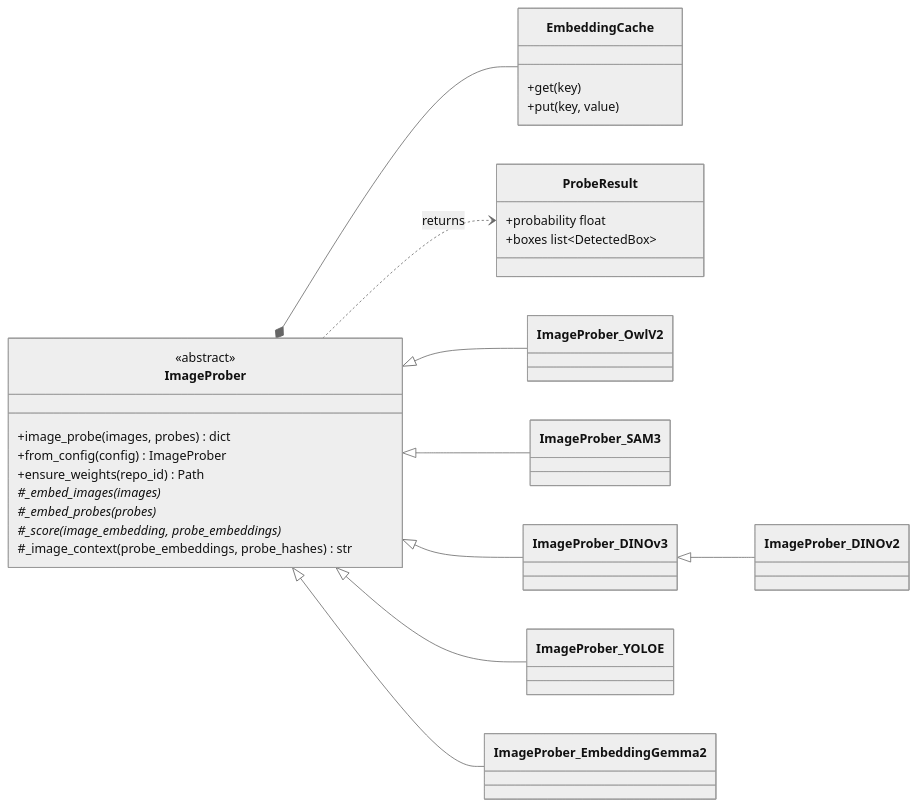
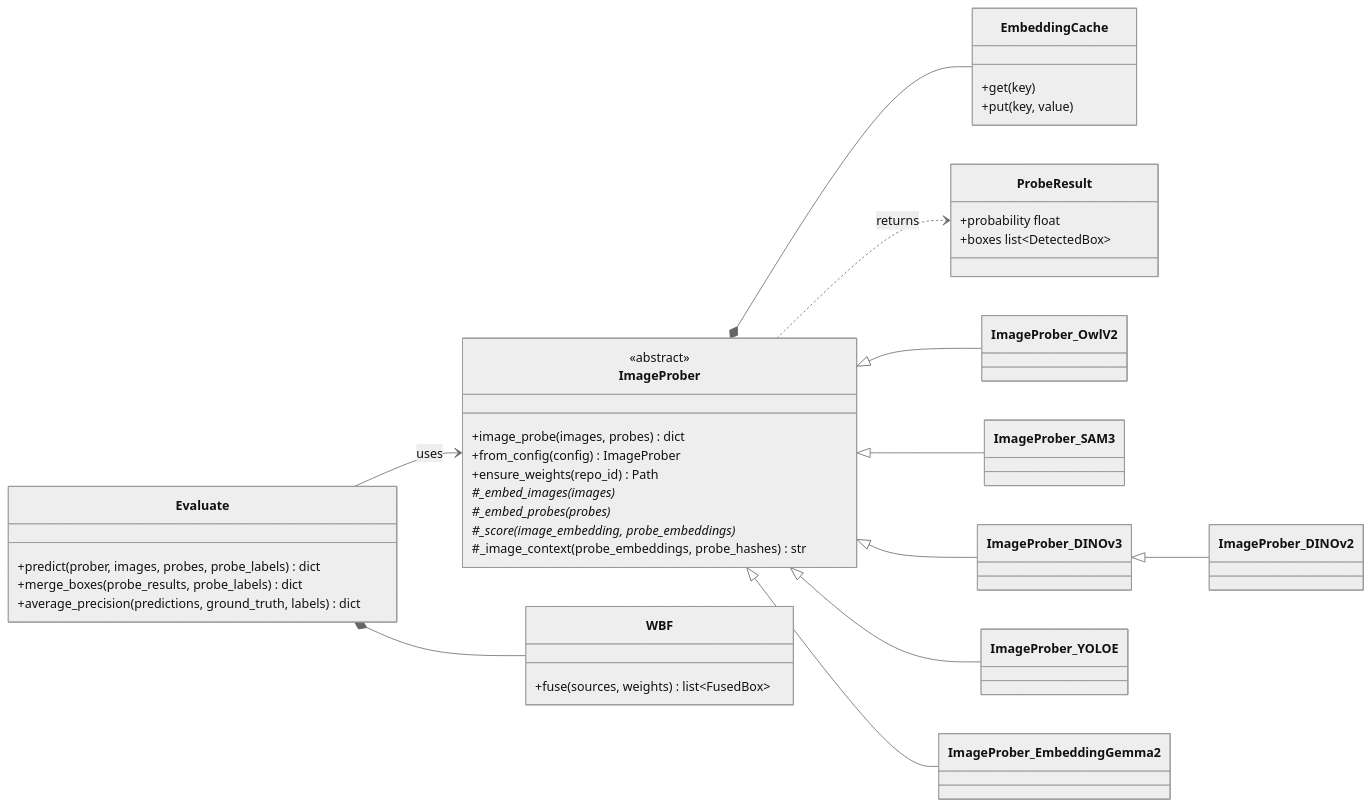
One commit to michael-mayo/autolabelling_via_embeddings changed the second of 2 diagrams in README.md. Above: the diagram before and after it, drawn with Mermaid (neutral theme). The commit also changed other lines of this file and 5 other files, not shown here.

````diff
--- a/README.md
+++ b/README.md
@@ -255,36 +282,46 @@
 ```mermaid
 classDiagram
     direction LR
     class ImageProber {
         <<abstract>>
         +image_probe(images, probes) dict
         +from_config(config) ImageProber
         +ensure_weights(repo_id) Path
         #_embed_images(images)*
         #_embed_probes(probes)*
         #_score(image_embedding, probe_embeddings)*
         #_image_context(probe_embeddings, probe_hashes) str
     }
     class EmbeddingCache {
         +get(key)
         +put(key, value)
     }
     class ProbeResult {
         +probability float
         +boxes list~DetectedBox~
     }
     class ImageProber_OwlV2
     class ImageProber_SAM3
     class ImageProber_DINOv3
     class ImageProber_YOLOE
     class ImageProber_DINOv2
     class ImageProber_EmbeddingGemma2
     ImageProber <|-- ImageProber_OwlV2
     ImageProber <|-- ImageProber_SAM3
     ImageProber <|-- ImageProber_DINOv3
     ImageProber <|-- ImageProber_YOLOE
     ImageProber <|-- ImageProber_EmbeddingGemma2
     ImageProber_DINOv3 <|-- ImageProber_DINOv2
     ImageProber *-- EmbeddingCache
     ImageProber ..> ProbeResult : returns
+    class Evaluate {
+        +predict(prober, images, probes, probe_labels) dict
+        +merge_boxes(probe_results, probe_labels) dict
+        +average_precision(predictions, ground_truth, labels) dict
+    }
+    class WBF {
+        +fuse(sources, weights) list~FusedBox~
+    }
+    Evaluate --> ImageProber : uses
+    Evaluate *-- WBF
 ```
````
